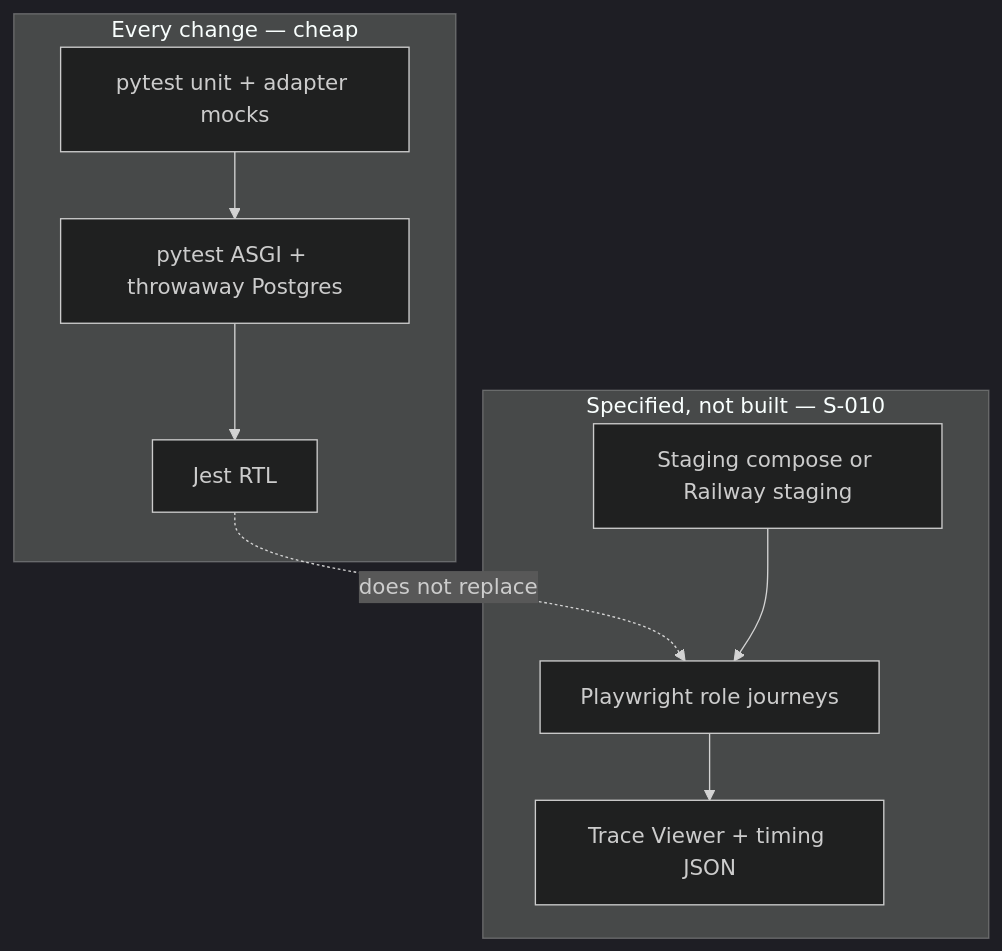
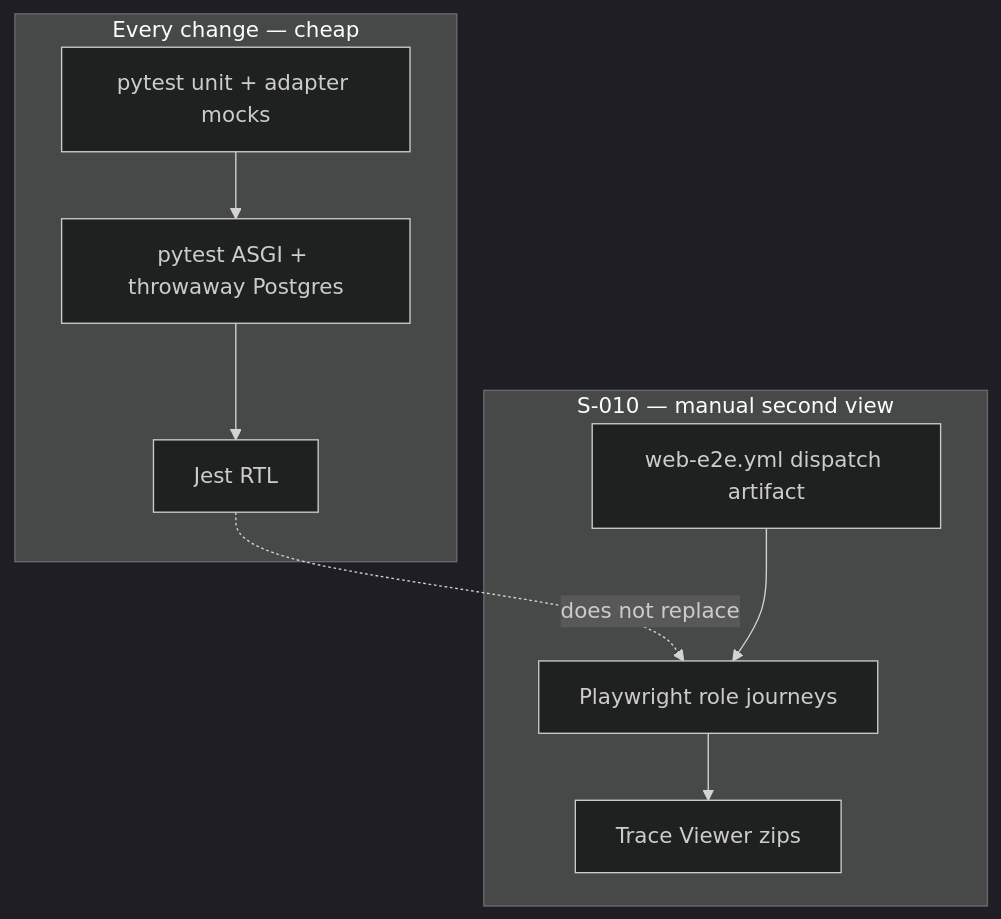
One commit to krishnaviswa/MEngPlat changed diagram 19 of 21 in README.md. Above: the diagram before and after it, drawn with Mermaid (dark theme). The commit also changed other lines of this file and 90 other files, not shown here.

````diff
--- a/README.md
+++ b/README.md
@@ -1820,17 +1832,17 @@
 ```mermaid
 flowchart TB
     subgraph cheap [Every change — cheap]
         U[pytest unit + adapter mocks]
         A[pytest ASGI + throwaway Postgres]
         J[Jest RTL]
     end
-    subgraph missing [Specified, not built — S-010]
+    subgraph s010 [S-010 — manual second view]
         P[Playwright role journeys]
-        T[Trace Viewer + timing JSON]
-        S[Staging compose or Railway staging]
+        T[Trace Viewer zips]
+        G[web-e2e.yml dispatch artifact]
     end
     U --> A --> J
     J -.->|does not replace| P
     P --> T
-    S --> P
+    G --> P
 ```
````
